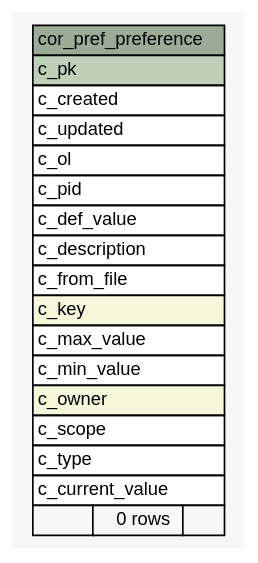
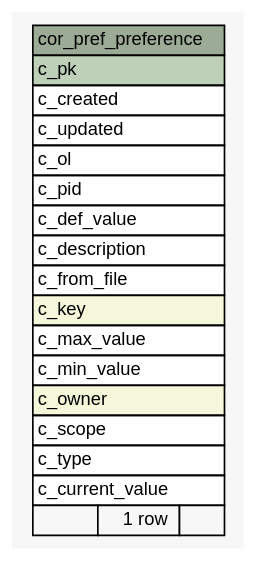
One commit to openwms/org.openwms.core.preferences.lib changed the diagram in 1.0.0-SNAPSHOT/schemaspy/diagrams/summary/cor_pref_preference.1degree.dot. Above: the diagram before and after it, drawn with Graphviz. The commit also changed 146 other files, not shown here.

```diff
--- a/1.0.0-SNAPSHOT/schemaspy/diagrams/summary/cor_pref_preference.1degree.dot
+++ b/1.0.0-SNAPSHOT/schemaspy/diagrams/summary/cor_pref_preference.1degree.dot
@@ -1,44 +1,44 @@
-// dot 2.43.0 on Linux 5.8.0-1042-azure
+// dot 2.43.0 on Linux 5.11.0-1020-azure
 // SchemaSpy rev Unknown
 digraph "cor_pref_preference" {
   graph [
     rankdir="RL"
     bgcolor="#f7f7f7"
     nodesep="0.18"
     ranksep="0.46"
     fontname="Helvetica"
     fontsize="11"
   ];
   node [
     fontname="Helvetica"
     fontsize="11"
     shape="plaintext"
   ];
   edge [
     arrowsize="0.8"
   ];
   "cor_pref_preference" [
     label=<
     <TABLE BORDER="0" CELLBORDER="1" CELLSPACING="0" BGCOLOR="#ffffff">
       <TR><TD COLSPAN="3" BGCOLOR="#9bab96" ALIGN="CENTER">cor_pref_preference</TD></TR>
       <TR><TD PORT="c_pk" COLSPAN="3" BGCOLOR="#bed1b8" ALIGN="LEFT">c_pk</TD></TR>
       <TR><TD PORT="c_created" COLSPAN="3" ALIGN="LEFT">c_created</TD></TR>
       <TR><TD PORT="c_updated" COLSPAN="3" ALIGN="LEFT">c_updated</TD></TR>
       <TR><TD PORT="c_ol" COLSPAN="3" ALIGN="LEFT">c_ol</TD></TR>
       <TR><TD PORT="c_pid" COLSPAN="3" ALIGN="LEFT">c_pid</TD></TR>
       <TR><TD PORT="c_def_value" COLSPAN="3" ALIGN="LEFT">c_def_value</TD></TR>
       <TR><TD PORT="c_description" COLSPAN="3" ALIGN="LEFT">c_description</TD></TR>
       <TR><TD PORT="c_from_file" COLSPAN="3" ALIGN="LEFT">c_from_file</TD></TR>
       <TR><TD PORT="c_key" COLSPAN="3" BGCOLOR="#f4f7da" ALIGN="LEFT">c_key</TD></TR>
       <TR><TD PORT="c_max_value" COLSPAN="3" ALIGN="LEFT">c_max_value</TD></TR>
       <TR><TD PORT="c_min_value" COLSPAN="3" ALIGN="LEFT">c_min_value</TD></TR>
       <TR><TD PORT="c_owner" COLSPAN="3" BGCOLOR="#f4f7da" ALIGN="LEFT">c_owner</TD></TR>
       <TR><TD PORT="c_scope" COLSPAN="3" ALIGN="LEFT">c_scope</TD></TR>
       <TR><TD PORT="c_type" COLSPAN="3" ALIGN="LEFT">c_type</TD></TR>
       <TR><TD PORT="c_current_value" COLSPAN="3" ALIGN="LEFT">c_current_value</TD></TR>
-      <TR><TD ALIGN="LEFT" BGCOLOR="#f7f7f7">  </TD><TD ALIGN="RIGHT" BGCOLOR="#f7f7f7">0 rows</TD><TD ALIGN="RIGHT" BGCOLOR="#f7f7f7">  </TD></TR>
+      <TR><TD ALIGN="LEFT" BGCOLOR="#f7f7f7">  </TD><TD ALIGN="RIGHT" BGCOLOR="#f7f7f7">1 row</TD><TD ALIGN="RIGHT" BGCOLOR="#f7f7f7">  </TD></TR>
     </TABLE>>
     URL="tables/cor_pref_preference.html"
     tooltip="cor_pref_preference"
   ];
 }
```
